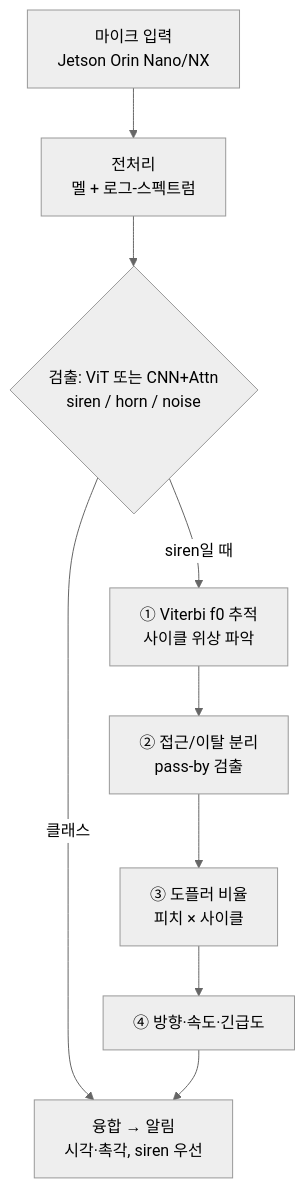
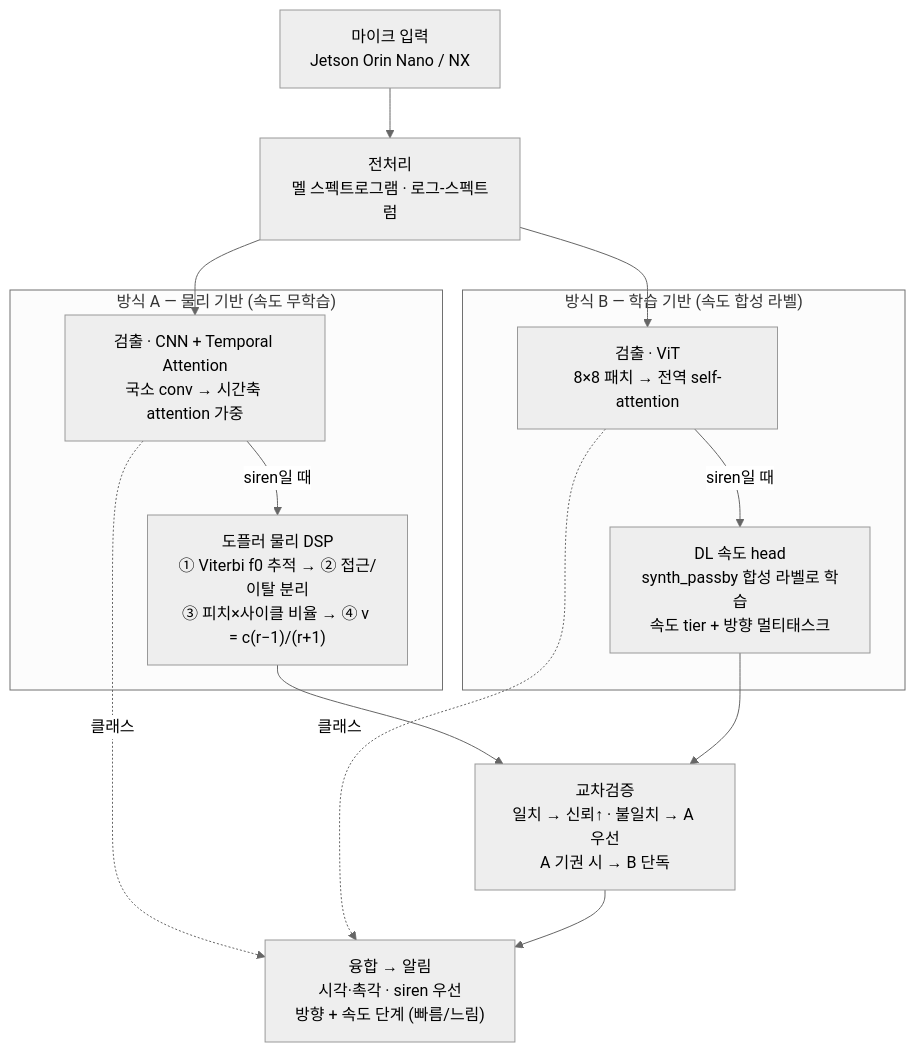
Before and after one commit to EmergencySoundAssist/ViT-CNN-Attention: the diagram in README.md, drawn with Mermaid (neutral theme). The commit also changed other lines of this file, not shown here.

Commit message:
docs: README 시스템 구조를 방식 A/B 병렬 다이어그램으로 재작성
- CNN+Attn→물리 DSP, ViT→DL 속도 head 경로를 subgraph로 분리
- 교차검증 노드(일치/불일치/기권 규칙) 명시
- 두 방식 차이 요약표 추가

````diff
--- a/README.md
+++ b/README.md
@@ -25,11 +27,20 @@
 ```mermaid
 flowchart TD
-    MIC["마이크 입력<br/>Jetson Orin Nano/NX"] --> PRE["전처리<br/>멜 + 로그-스펙트럼"]
-    PRE --> DET{"검출: ViT 또는 CNN+Attn<br/>siren / horn / noise"}
-    DET -->|"클래스"| FUSE["융합 → 알림<br/>시각·촉각, siren 우선"]
-    DET -->|"siren일 때"| V1["① Viterbi f0 추적<br/>사이클 위상 파악"]
-    V1 --> V2["② 접근/이탈 분리<br/>pass-by 검출"]
-    V2 --> V3["③ 도플러 비율<br/>피치 × 사이클"]
-    V3 --> V4["④ 방향·속도·긴급도"]
-    V4 --> FUSE
+    MIC["마이크 입력<br/>Jetson Orin Nano / NX"] --> PRE["전처리<br/>멜 스펙트로그램 · 로그-스펙트럼"]
+
+    subgraph MA["방식 A — 물리 기반 (속도 무학습)"]
+        A1["검출 · CNN + Temporal Attention<br/>국소 conv → 시간축 attention 가중"] -->|"siren일 때"| A2["도플러 물리 DSP<br/>① Viterbi f0 추적 → ② 접근/이탈 분리<br/>③ 피치×사이클 비율 → ④ v = c(r−1)/(r+1)"]
+    end
+
+    subgraph MB["방식 B — 학습 기반 (속도 합성 라벨)"]
+        B1["검출 · ViT<br/>8×8 패치 → 전역 self-attention"] -->|"siren일 때"| B2["DL 속도 head<br/>synth_passby 합성 라벨로 학습<br/>속도 tier + 방향 멀티태스크"]
+    end
+
+    PRE --> A1
+    PRE --> B1
+    A2 --> XV["교차검증<br/>일치 → 신뢰↑ · 불일치 → A 우선<br/>A 기권 시 → B 단독"]
+    B2 --> XV
+    A1 -.->|"클래스"| FUSE
+    B1 -.->|"클래스"| FUSE
+    XV --> FUSE["융합 → 알림<br/>시각·촉각 · siren 우선<br/>방향 + 속도 단계 (빠름/느림)"]
 ```
````
